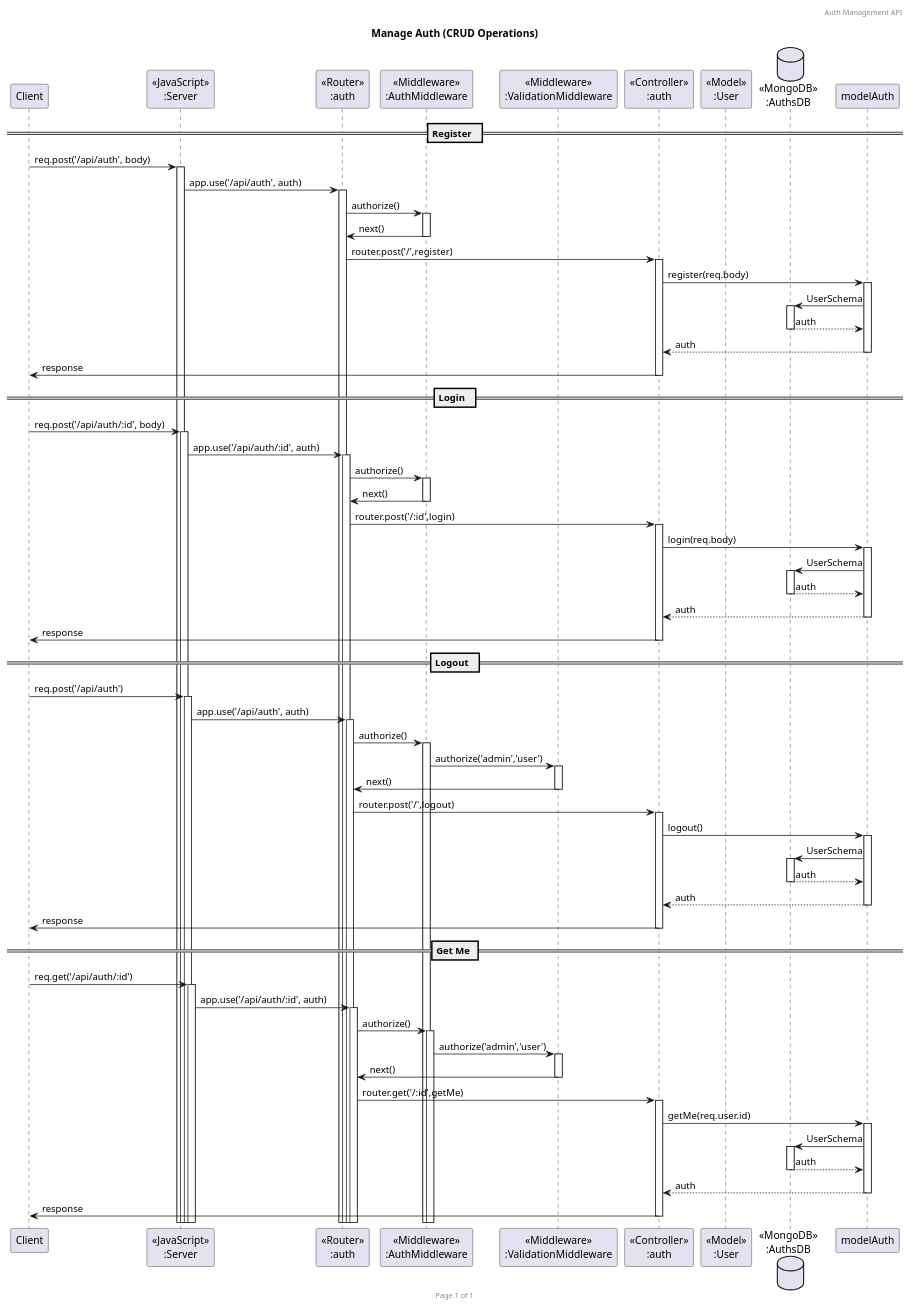
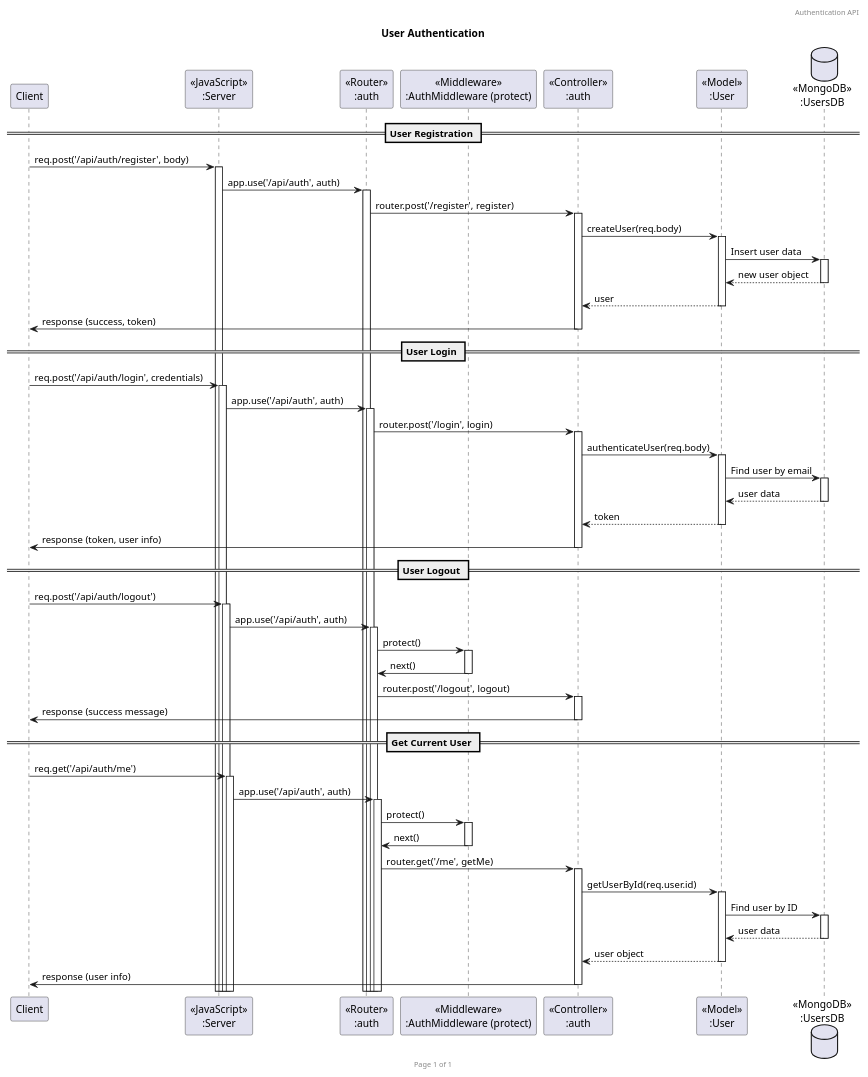
One commit to Sun-sh1nee/Backend-Restaurant changed the diagram in diagram/Sequence_diagram_user.puml. Above: the diagram before and after it, drawn with PlantUML. The commit also changed 4 other files, not shown here.

```diff
--- a/diagram/Sequence_diagram_user.puml
+++ b/diagram/Sequence_diagram_user.puml
@@ -1,67 +1,55 @@
-@startuml Manage Auth (CRUD)
+@startuml Authentication API
 
-header Auth Management API
+header Authentication API
 footer Page %page% of %lastpage%
-title "Manage Auth (CRUD Operations)"
+title "User Authentication"
 
 participant "Client" as client
 participant "<<JavaScript>>\n:Server" as server
 participant "<<Router>>\n:auth" as routerAuth
-participant "<<Middleware>>\n:AuthMiddleware" as authMiddleware
-participant "<<Middleware>>\n:ValidationMiddleware" as validationMiddleware
+participant "<<Middleware>>\n:AuthMiddleware (protect)" as authMiddleware
 participant "<<Controller>>\n:auth" as controllersAuth
 participant "<<Model>>\n:User" as modelUser
-database "<<MongoDB>>\n:AuthsDB" as AuthsDatabase
+database "<<MongoDB>>\n:UsersDB" as UsersDatabase
 
-== Register  ==
-client -> server ++ : req.post('/api/auth', body)
+== User Registration ==
+client -> server ++ : req.post('/api/auth/register', body)
 server -> routerAuth ++ : app.use('/api/auth', auth)
-routerAuth -> authMiddleware ++ : authorize()
-authMiddleware -> routerAuth -- : next() 
-routerAuth -> controllersAuth ++ : router.post('/',register)
-controllersAuth -> modelAuth ++ : register(req.body)
-modelAuth -> AuthsDatabase ++ :  UserSchema
-AuthsDatabase --> modelAuth -- : auth
-controllersAuth <-- modelAuth -- : auth
-controllersAuth -> client -- : response 
+routerAuth -> controllersAuth ++ : router.post('/register', register)
+controllersAuth -> modelUser ++ : createUser(req.body)
+modelUser -> UsersDatabase ++ : Insert user data
+UsersDatabase --> modelUser -- : new user object
+controllersAuth <-- modelUser -- : user
+controllersAuth -> client -- : response (success, token)
 
-== Login  ==
-client -> server ++ : req.post('/api/auth/:id', body)
-server -> routerAuth ++ : app.use('/api/auth/:id', auth)
-routerAuth -> authMiddleware ++ : authorize()
-authMiddleware -> routerAuth -- : next() 
-routerAuth -> controllersAuth ++ :router.post('/:id',login) 
-controllersAuth -> modelAuth ++ : login(req.body)
-modelAuth -> AuthsDatabase ++ : UserSchema
-AuthsDatabase --> modelAuth -- : auth
-controllersAuth <-- modelAuth -- : auth
-controllersAuth -> client -- : response 
+== User Login ==
+client -> server ++ : req.post('/api/auth/login', credentials)
+server -> routerAuth ++ : app.use('/api/auth', auth)
+routerAuth -> controllersAuth ++ : router.post('/login', login)
+controllersAuth -> modelUser ++ : authenticateUser(req.body)
+modelUser -> UsersDatabase ++ : Find user by email
+UsersDatabase --> modelUser -- : user data
+controllersAuth <-- modelUser -- : token
+controllersAuth -> client -- : response (token, user info)
 
-== Logout  ==
-client -> server ++ : req.post('/api/auth')
+== User Logout ==
+client -> server ++ : req.post('/api/auth/logout')
 server -> routerAuth ++ : app.use('/api/auth', auth)
-routerAuth -> authMiddleware ++ : authorize()
-authMiddleware -> validationMiddleware ++ : authorize('admin','user')
-validationMiddleware -> routerAuth -- : next() 
-routerAuth -> controllersAuth ++ : router.post('/',logout)
-controllersAuth -> modelAuth ++ : logout()
-modelAuth -> AuthsDatabase ++ : UserSchema
-AuthsDatabase --> modelAuth -- : auth
-controllersAuth <-- modelAuth -- : auth
-controllersAuth -> client -- : response 
+routerAuth -> authMiddleware ++ : protect()
+authMiddleware -> routerAuth -- : next()
+routerAuth -> controllersAuth ++ : router.post('/logout', logout)
+controllersAuth -> client -- : response (success message)
 
-== Get Me ==
-client -> server ++ : req.get('/api/auth/:id')
-server -> routerAuth ++ : app.use('/api/auth/:id', auth)
-routerAuth -> authMiddleware ++ : authorize()
-authMiddleware -> validationMiddleware ++ : authorize('admin','user')
-validationMiddleware -> routerAuth -- : next() 
-routerAuth -> controllersAuth ++ : router.get('/:id',getMe)
-controllersAuth -> modelAuth ++ : getMe(req.user.id)
-modelAuth -> AuthsDatabase ++ : UserSchema
-AuthsDatabase --> modelAuth -- : auth
-controllersAuth <-- modelAuth -- : auth
-controllersAuth -> client -- : response 
-
+== Get Current User ==
+client -> server ++ : req.get('/api/auth/me')
+server -> routerAuth ++ : app.use('/api/auth', auth)
+routerAuth -> authMiddleware ++ : protect()
+authMiddleware -> routerAuth -- : next()
+routerAuth -> controllersAuth ++ : router.get('/me', getMe)
+controllersAuth -> modelUser ++ : getUserById(req.user.id)
+modelUser -> UsersDatabase ++ : Find user by ID
+UsersDatabase --> modelUser -- : user data
+controllersAuth <-- modelUser -- : user object
+controllersAuth -> client -- : response (user info)
 
 @enduml
```
